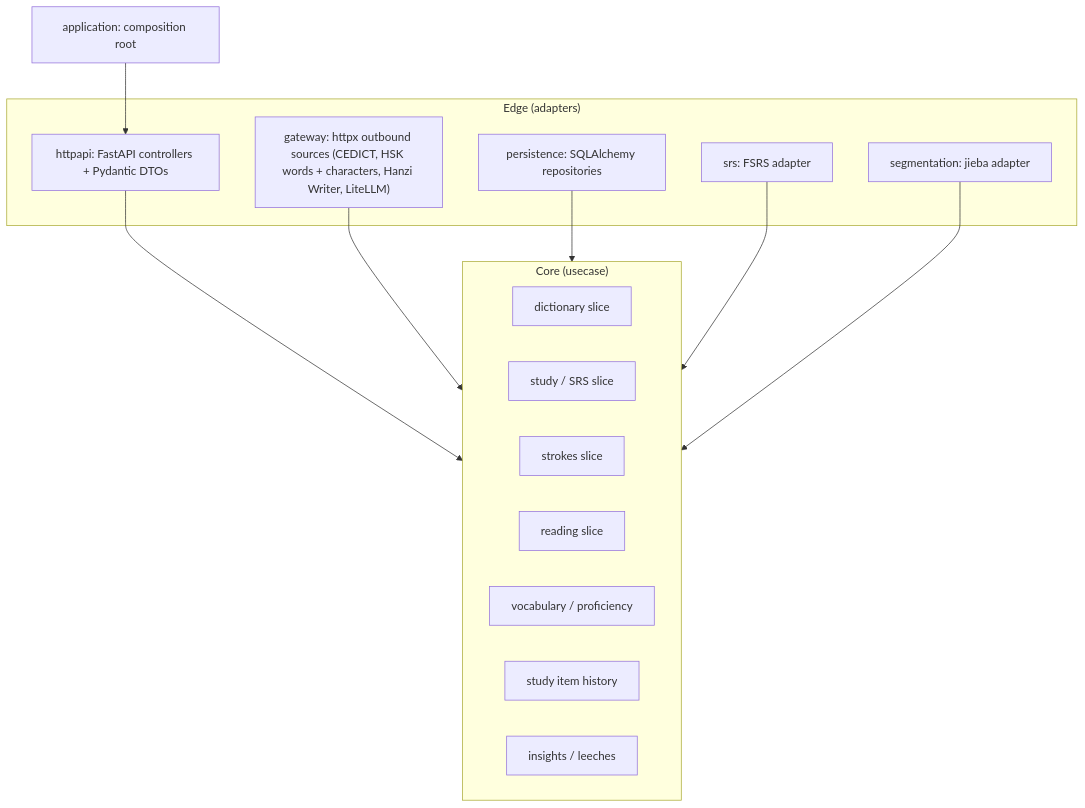
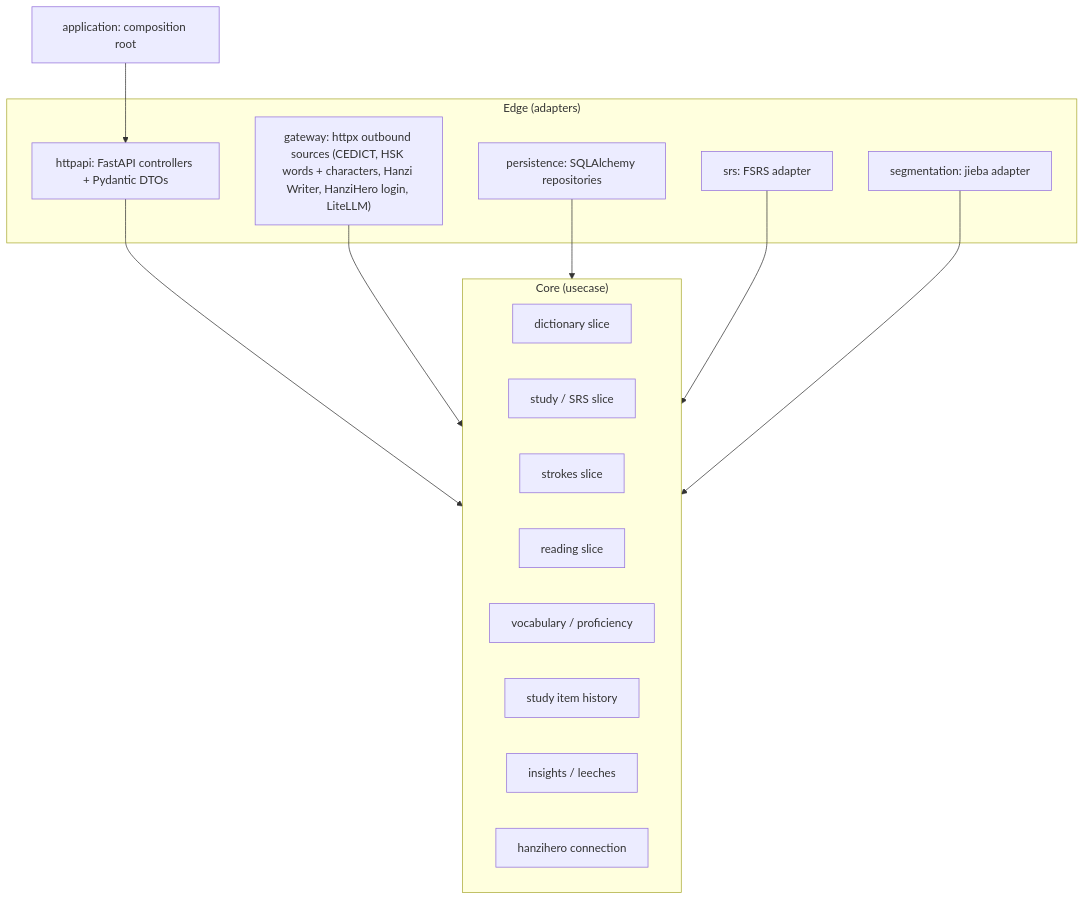
The first of 5 diagrams in docs/02-architecture.md (luiznaac/shougong), drawn with Mermaid before and after one commit. The commit also changed other lines of this file and 29 other files, not shown here.

First line of the commit message:
Connect a HanziHero account and expose its sync status (#220)

````diff
--- a/docs/02-architecture.md
+++ b/docs/02-architecture.md
@@ -13,26 +13,27 @@
 ```mermaid
 flowchart TB
     subgraph Edge["Edge (adapters)"]
         HTTP["httpapi: FastAPI controllers + Pydantic DTOs"]
         PERS["persistence: SQLAlchemy repositories"]
-        GW["gateway: httpx outbound sources (CEDICT, HSK words + characters, Hanzi Writer, LiteLLM)"]
+        GW["gateway: httpx outbound sources (CEDICT, HSK words + characters, Hanzi Writer, HanziHero login, LiteLLM)"]
         SRS["srs: FSRS adapter"]
         SEG["segmentation: jieba adapter"]
     end
     subgraph Core["Core (usecase)"]
         DICT["dictionary slice"]
         STUDY["study / SRS slice"]
         STROKES["strokes slice"]
         READING["reading slice"]
         VOCAB["vocabulary / proficiency"]
         HIST["study item history"]
         INSIGHTS["insights / leeches"]
+        HH["hanzihero connection"]
     end
     APP["application: composition root"]
     APP --> HTTP
     HTTP --> Core
     GW --> Core
     PERS --> Core
     SRS --> Core
     SEG --> Core
 ```
````
